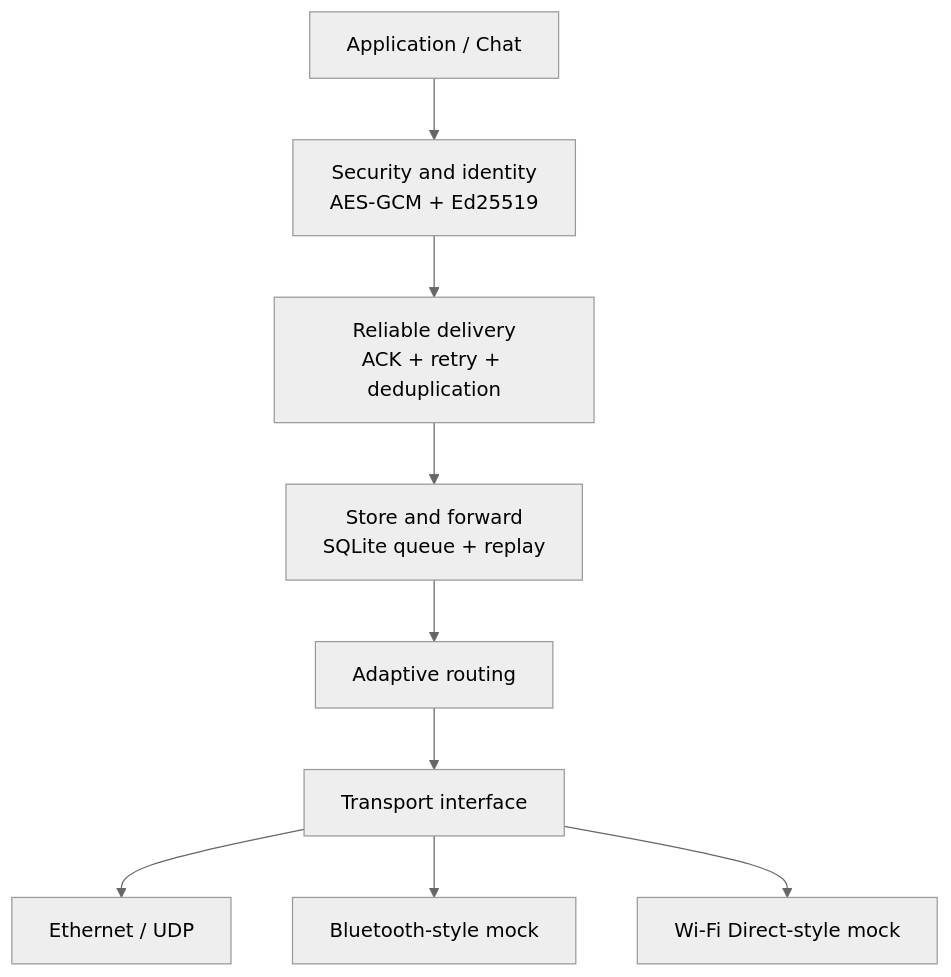
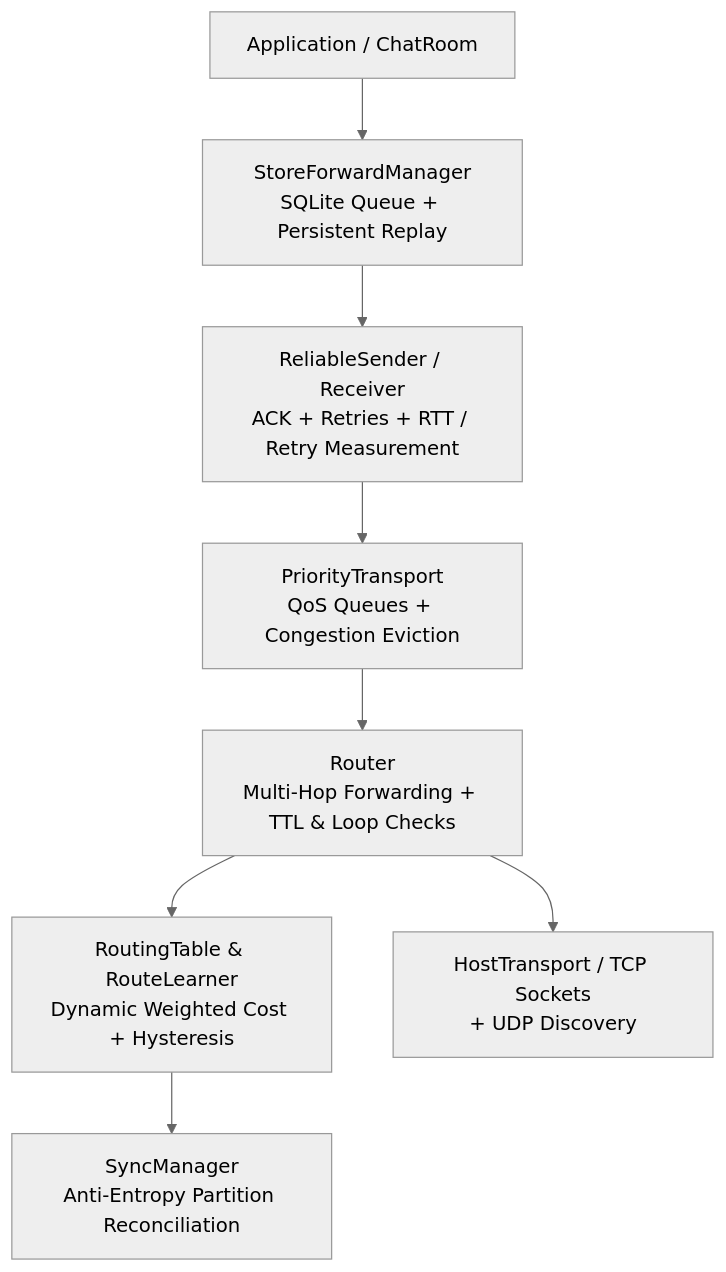
Before and after one commit to Vasukumar19/chatroom: the diagram in README.md, drawn with Mermaid (neutral theme). The commit also changed other lines of this file and 6 other files, not shown here.

````diff
--- a/README.md
+++ b/README.md
@@ -9,17 +11,19 @@
 ```mermaid
 flowchart TB
-    app[Application / Chat]
-    security[Security and identity\nAES-GCM + Ed25519]
-    reliable[Reliable delivery\nACK + retry + deduplication]
-    store[Store and forward\nSQLite queue + replay]
-    routing[Adaptive routing]
-    transport[Transport interface]
-    ethernet[Ethernet / UDP]
-    bluetooth[Bluetooth-style mock]
-    wifi[Wi-Fi Direct-style mock]
+    app[Application / ChatRoom]
+    store[StoreForwardManager\nSQLite Queue + Persistent Replay]
+    reliable[ReliableSender / Receiver\nACK + Retries + RTT / Retry Measurement]
+    qos[PriorityTransport\nQoS Queues + Congestion Eviction]
+    router[Router\nMulti-Hop Forwarding + TTL & Loop Checks]
+    routing[RoutingTable & RouteLearner\nDynamic Weighted Cost + Hysteresis]
+    sync[SyncManager\nAnti-Entropy Partition Reconciliation]
+    transport[HostTransport / TCP Sockets\n+ UDP Discovery]
 
-    app --> security --> reliable --> store --> routing --> transport
-    transport --> ethernet
-    transport --> bluetooth
-    transport --> wifi
+    app --> store
+    store --> reliable
+    reliable --> qos
+    qos --> router
+    router --> routing
+    router --> transport
+    routing --> sync
 ```
````
